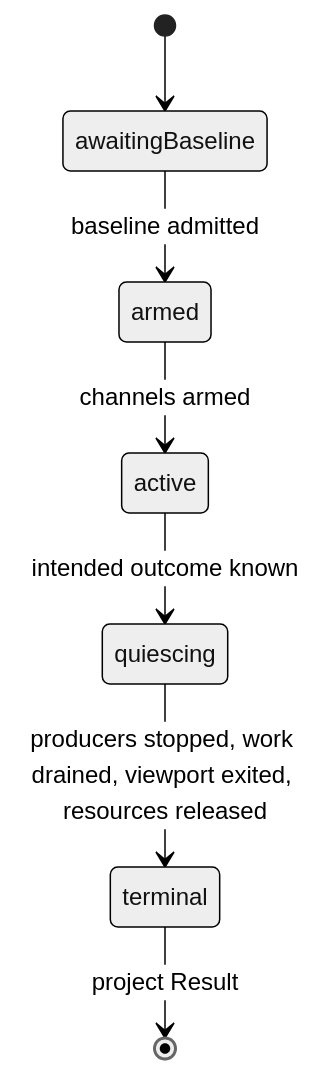
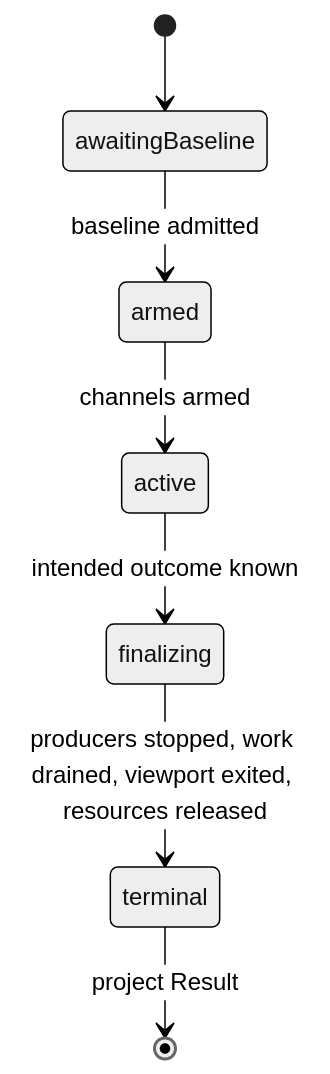
The first of 2 diagrams in docs/ARCHITECTURE.md (RoyalPineapple/TheButtonHeist), drawn with Mermaid (neutral theme) before and after one commit. The commit also changed other lines of this file and 12 other files, not shown here.

First line of the commit message:
Own the deadline in the executor and rename quiescing to finalizing

````diff
--- a/docs/ARCHITECTURE.md
+++ b/docs/ARCHITECTURE.md
@@ -179,9 +179,9 @@
 ```mermaid
 stateDiagram-v2
     [*] --> awaitingBaseline
     awaitingBaseline --> armed: baseline admitted
     armed --> active: channels armed
-    active --> quiescing: intended outcome known
-    quiescing --> terminal: producers stopped, work drained, viewport exited, resources released
+    active --> finalizing: intended outcome known
+    finalizing --> terminal: producers stopped, work drained, viewport exited, resources released
     terminal --> [*]: project Result
 ```
````
